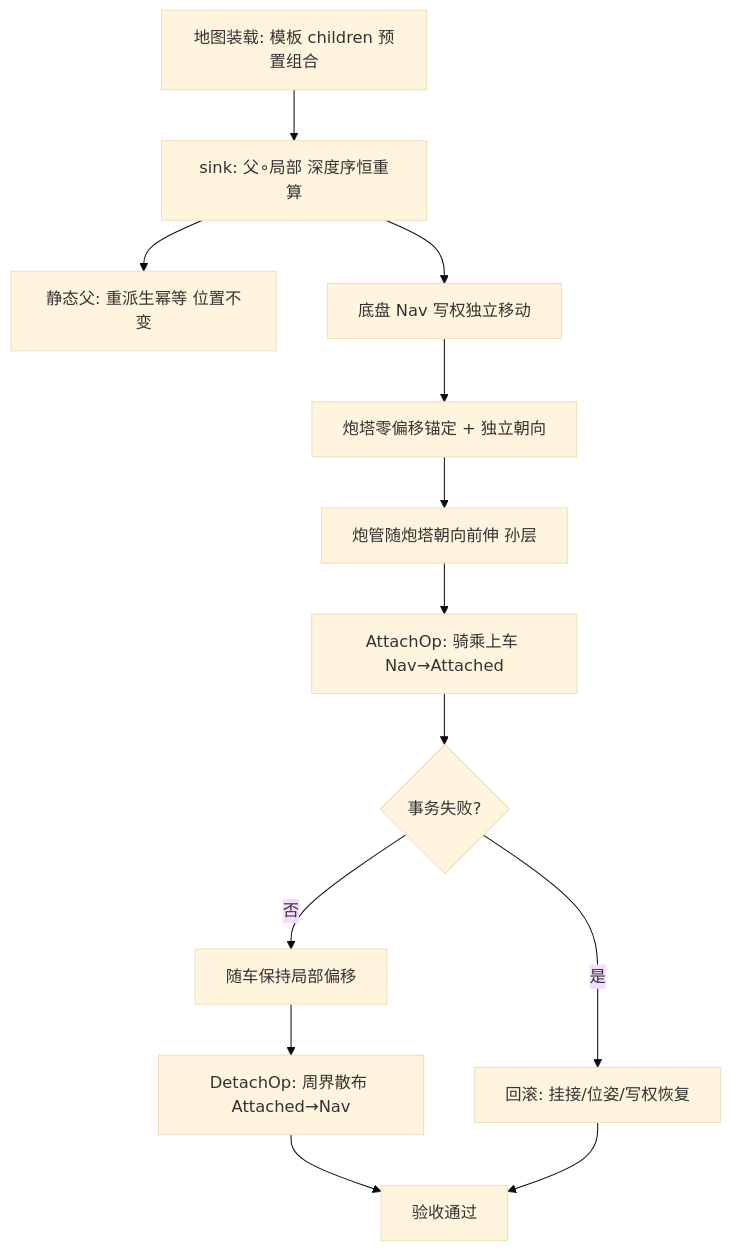
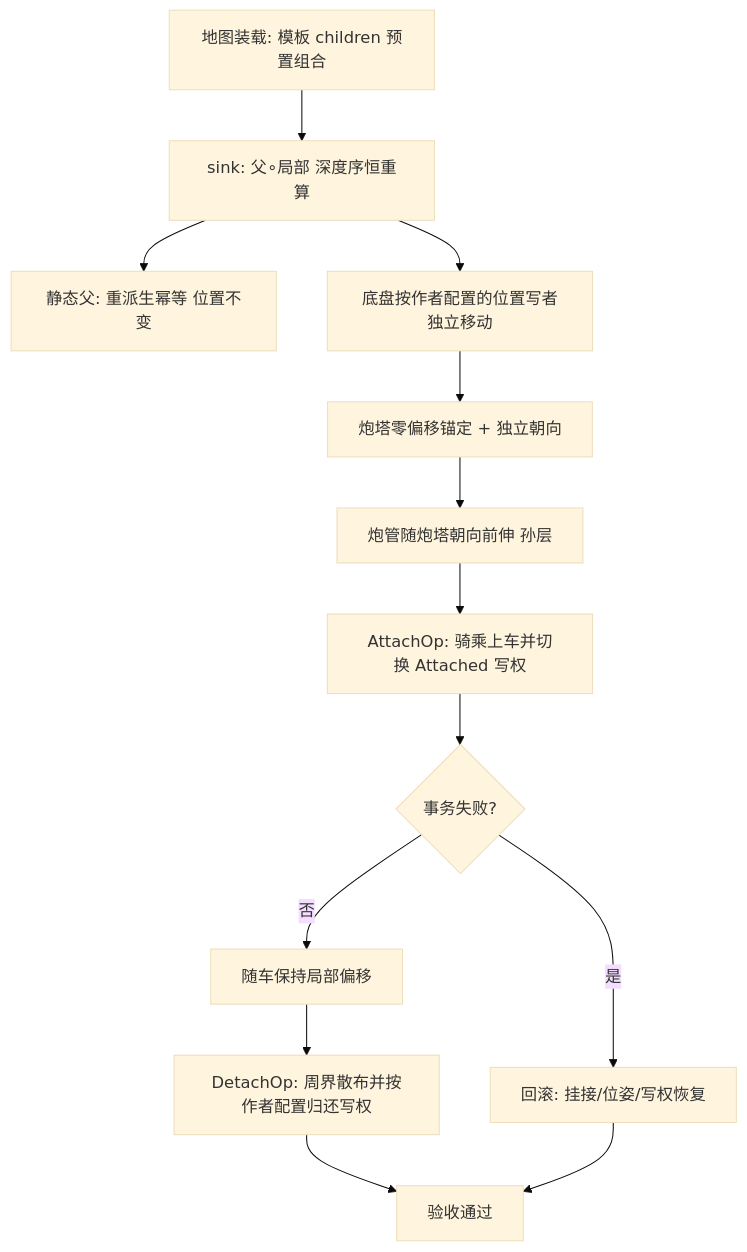
One commit to MightyBubble/Ludots changed the diagram in artifacts/acceptance/entity-attachment/path.mmd. Above: the diagram before and after it, drawn with Mermaid (base theme). The commit also changed 13 other files, not shown here.

```diff
--- a/artifacts/acceptance/entity-attachment/path.mmd
+++ b/artifacts/acceptance/entity-attachment/path.mmd
@@ -1,13 +1,13 @@
 flowchart TD
     A[地图装载: 模板 children 预置组合] --> D[sink: 父∘局部 深度序恒重算]
     D --> D2[静态父: 重派生幂等 位置不变]
-    D --> E[底盘 Nav 写权独立移动]
+    D --> E[底盘按作者配置的位置写者独立移动]
     E --> F[炮塔零偏移锚定 + 独立朝向]
     F --> G[炮管随炮塔朝向前伸 孙层]
-    G --> H[AttachOp: 骑乘上车 Nav→Attached]
+    G --> H[AttachOp: 骑乘上车并切换 Attached 写权]
     H --> I{事务失败?}
     I -- 是 --> J[回滚: 挂接/位姿/写权恢复]
     I -- 否 --> K[随车保持局部偏移]
-    K --> L[DetachOp: 周界散布 Attached→Nav]
+    K --> L[DetachOp: 周界散布并按作者配置归还写权]
     L --> M[验收通过]
     J --> M
```
